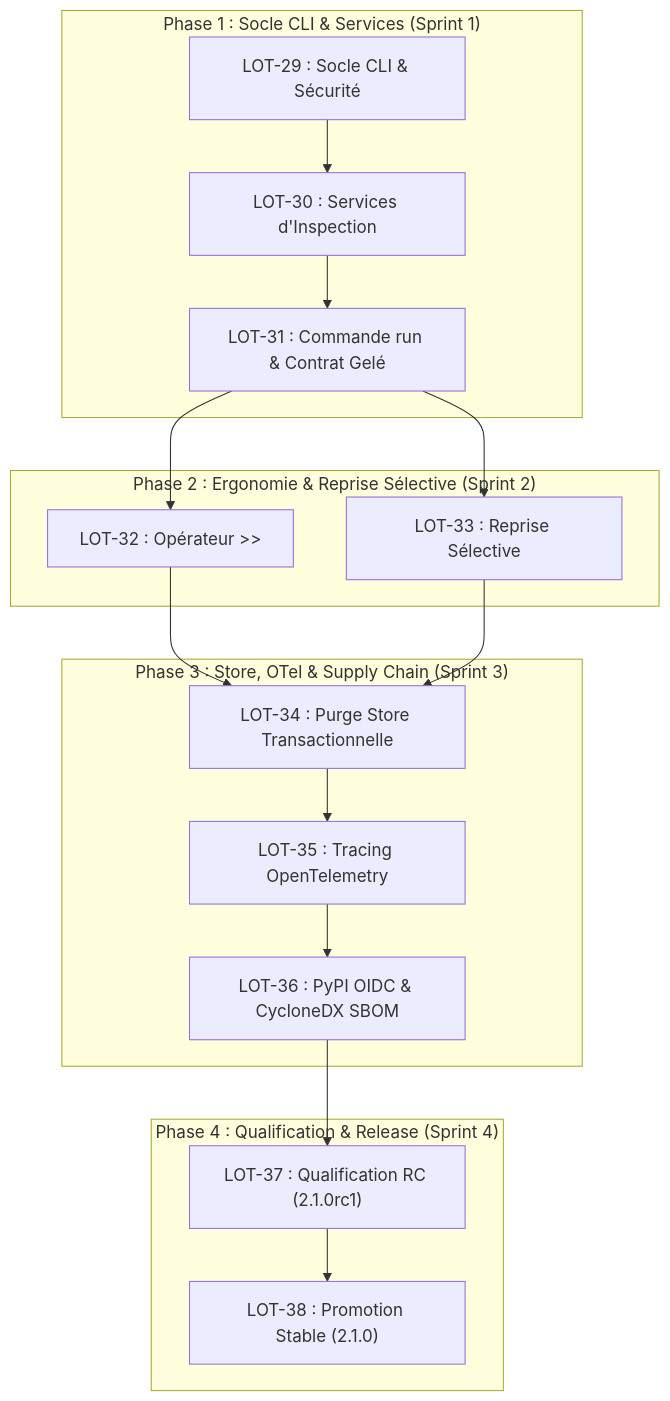
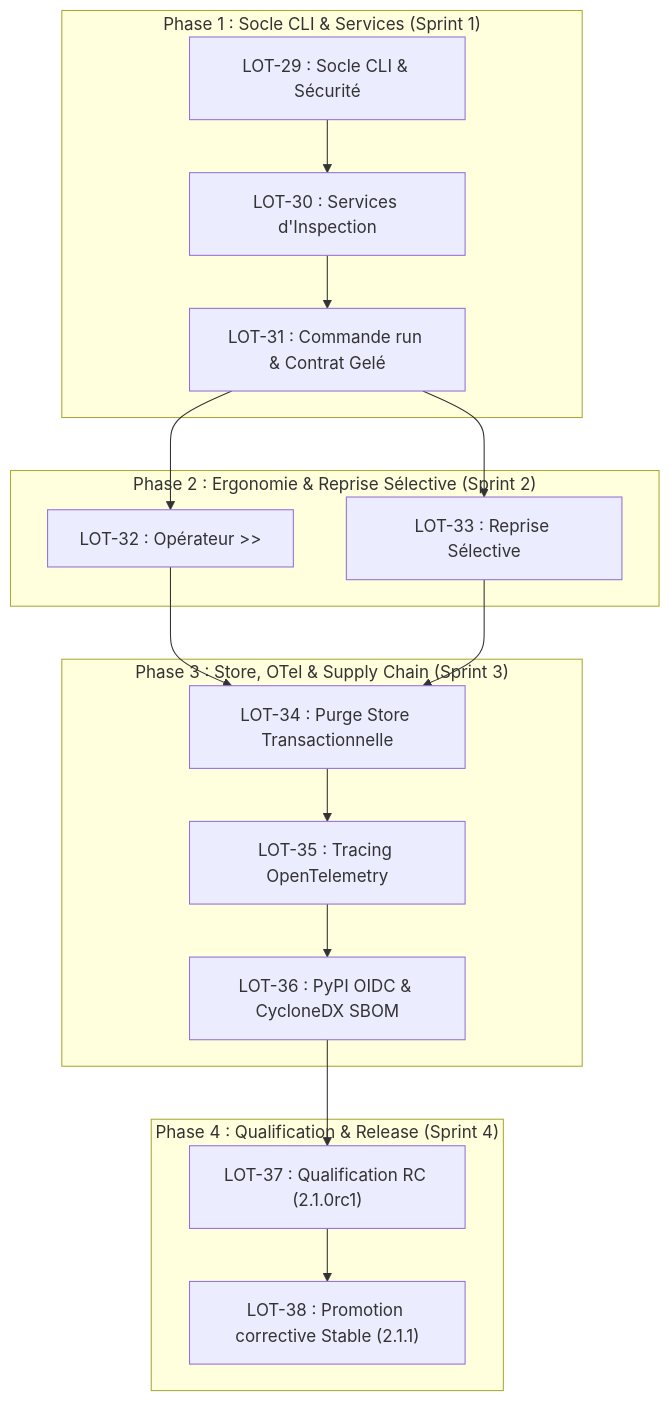
Before and after one commit to tawounfouet/pyworkflowkit: the diagram in ROADMAP.md, drawn with Mermaid. The commit also changed other lines of this file and 17 other files, not shown here.

````diff
--- a/ROADMAP.md
+++ b/ROADMAP.md
@@ -44,32 +45,32 @@
 ```mermaid
 flowchart TD
     subgraph P1["Phase 1 : Socle CLI & Services (Sprint 1)"]
         L29["LOT-29 : Socle CLI & Sécurité"] --> L30["LOT-30 : Services d'Inspection"]
         L30 --> L31["LOT-31 : Commande run & Contrat Gelé"]
     end
 
     subgraph P2["Phase 2 : Ergonomie & Reprise Sélective (Sprint 2)"]
         L32["LOT-32 : Opérateur >>"]
         L33["LOT-33 : Reprise Sélective"]
     end
 
     subgraph P3["Phase 3 : Store, OTel & Supply Chain (Sprint 3)"]
         L34["LOT-34 : Purge Store Transactionnelle"]
         L35["LOT-35 : Tracing OpenTelemetry"]
         L36["LOT-36 : PyPI OIDC & CycloneDX SBOM"]
     end
 
     subgraph P4["Phase 4 : Qualification & Release (Sprint 4)"]
         L37["LOT-37 : Qualification RC (2.1.0rc1)"]
-        L38["LOT-38 : Promotion Stable (2.1.0)"]
+        L38["LOT-38 : Promotion corrective Stable (2.1.1)"]
     end
 
     L31 --> L32
     L31 --> L33
     L32 --> L34
     L33 --> L34
     L34 --> L35
     L35 --> L36
     L36 --> L37
     L37 --> L38
 ```
````
